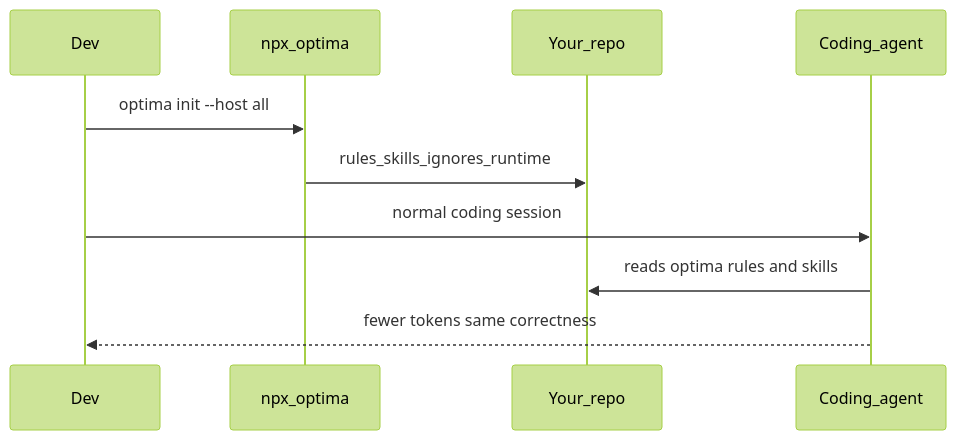
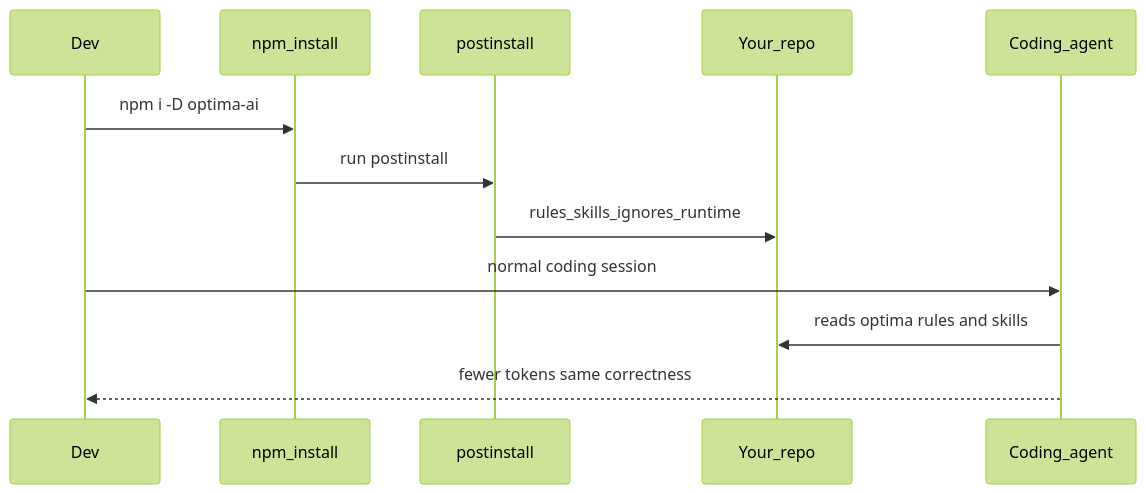
Before and after one commit to julienlhk/optima: the second of 4 diagrams in README.md, drawn with Mermaid (forest theme). The commit also changed other lines of this file and 8 other files, not shown here.

First line of the commit message:
Add npm package install path as optima-ai with postinstall skill wiring.

````diff
--- a/README.md
+++ b/README.md
@@ -100,12 +96,14 @@
 ```mermaid
 sequenceDiagram
   participant Dev
-  participant NPX as npx_optima
+  participant NPM as npm_install
+  participant Post as postinstall
   participant Repo as Your_repo
   participant Agent as Coding_agent
-  Dev->>NPX: optima init --host all
-  NPX->>Repo: rules_skills_ignores_runtime
+  Dev->>NPM: npm i -D optima-ai
+  NPM->>Post: run postinstall
+  Post->>Repo: rules_skills_ignores_runtime
   Dev->>Agent: normal coding session
   Agent->>Repo: reads optima rules and skills
   Agent-->>Dev: fewer tokens same correctness
 ```
````
